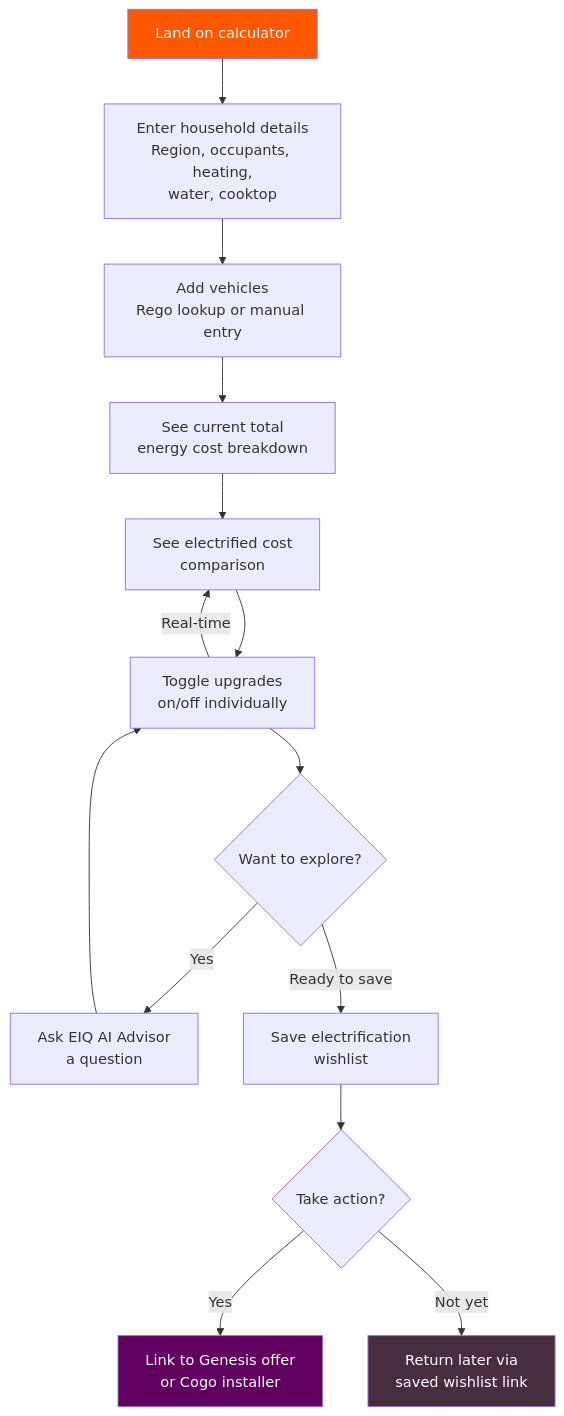
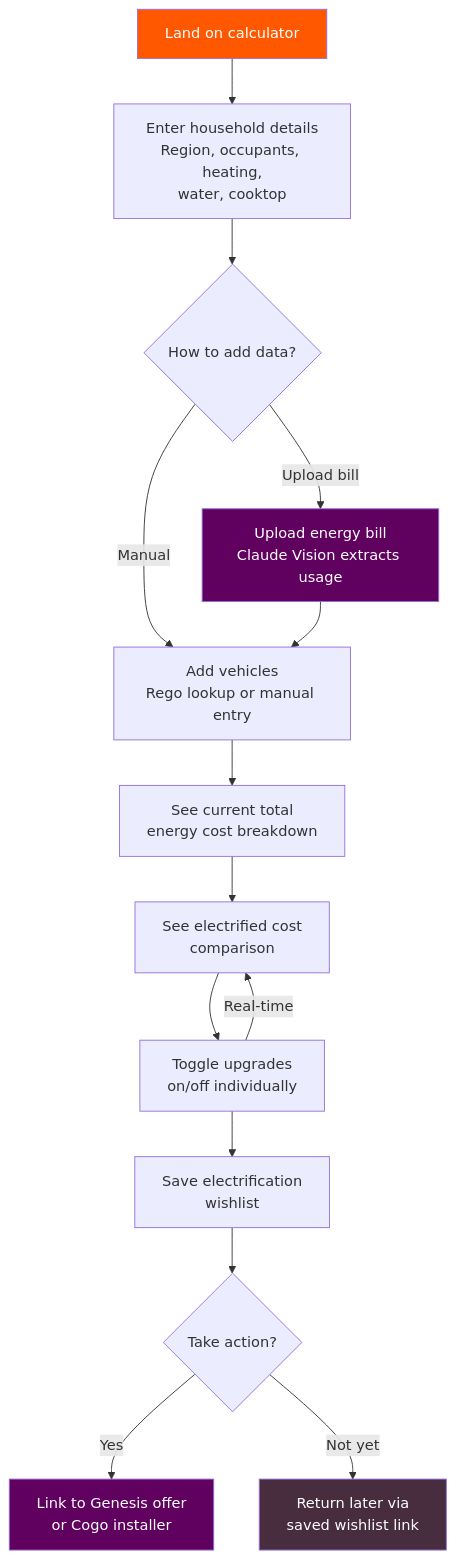
The second of 3 diagrams in docs/tce-calculator-scope-estimate.md (qcatch/ge-cogo), drawn with Mermaid before and after one commit. The commit also changed other lines of this file and 1 other file, not shown here.

First line of the commit message:
docs: Update scope per BHL — AI chat out, bill upload in, add cost breakdown

````diff
--- a/docs/tce-calculator-scope-estimate.md
+++ b/docs/tce-calculator-scope-estimate.md
@@ -251,20 +257,21 @@
 ```mermaid
 flowchart TD
     A[Land on calculator] --> B[Enter household details<br/>Region, occupants, heating,<br/>water, cooktop]
-    B --> C[Add vehicles<br/>Rego lookup or manual entry]
+    B --> B2{How to add data?}
+    B2 -->|Manual| C[Add vehicles<br/>Rego lookup or manual entry]
+    B2 -->|Upload bill| U[Upload energy bill<br/>Claude Vision extracts usage]
+    U --> C
     C --> D[See current total<br/>energy cost breakdown]
     D --> E[See electrified cost<br/>comparison]
     E --> F[Toggle upgrades<br/>on/off individually]
     F -->|Real-time| E
-    F --> G{Want to explore?}
-    G -->|Yes| H[Ask EIQ AI Advisor<br/>a question]
-    H --> F
-    G -->|Ready to save| I[Save electrification<br/>wishlist]
+    F --> I[Save electrification<br/>wishlist]
     I --> J{Take action?}
     J -->|Yes| K[Link to Genesis offer<br/>or Cogo installer]
     J -->|Not yet| L[Return later via<br/>saved wishlist link]
 
     style A fill:#FF5800,color:#fff
+    style U fill:#60005F,color:#fff
     style K fill:#60005F,color:#fff
     style L fill:#472D3E,color:#fff
 ```
````
